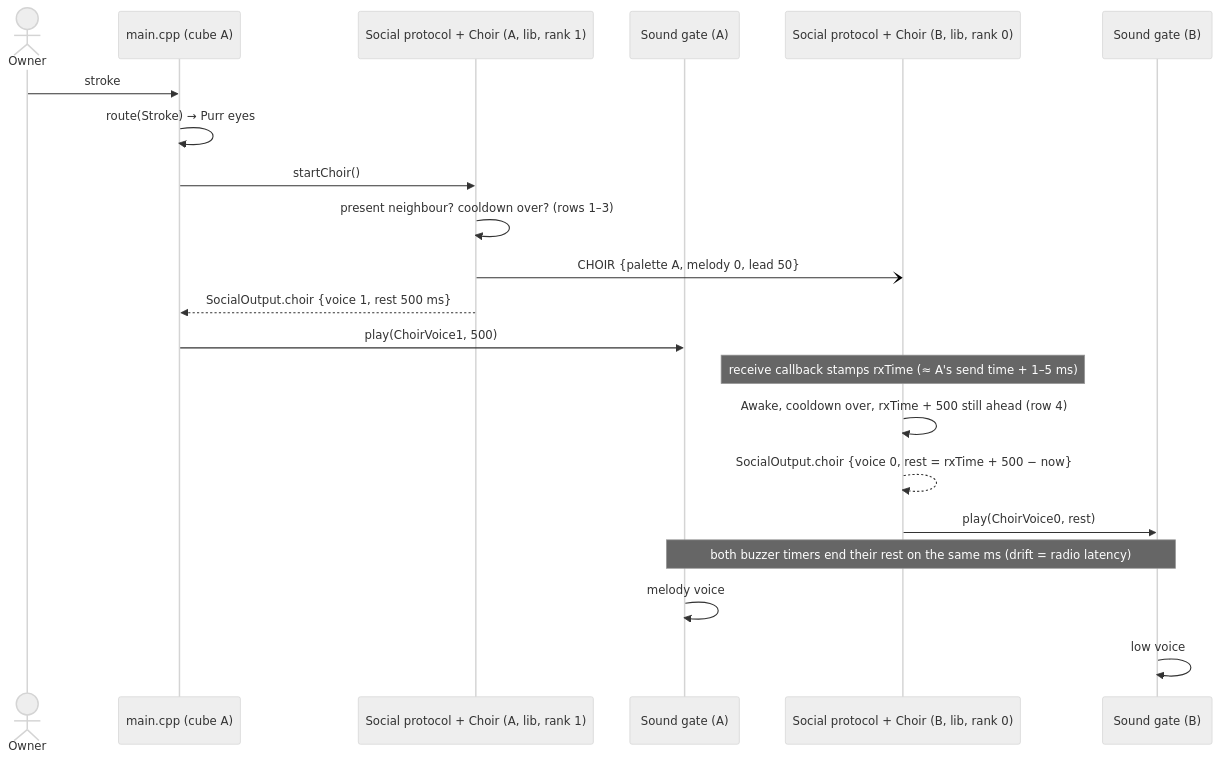
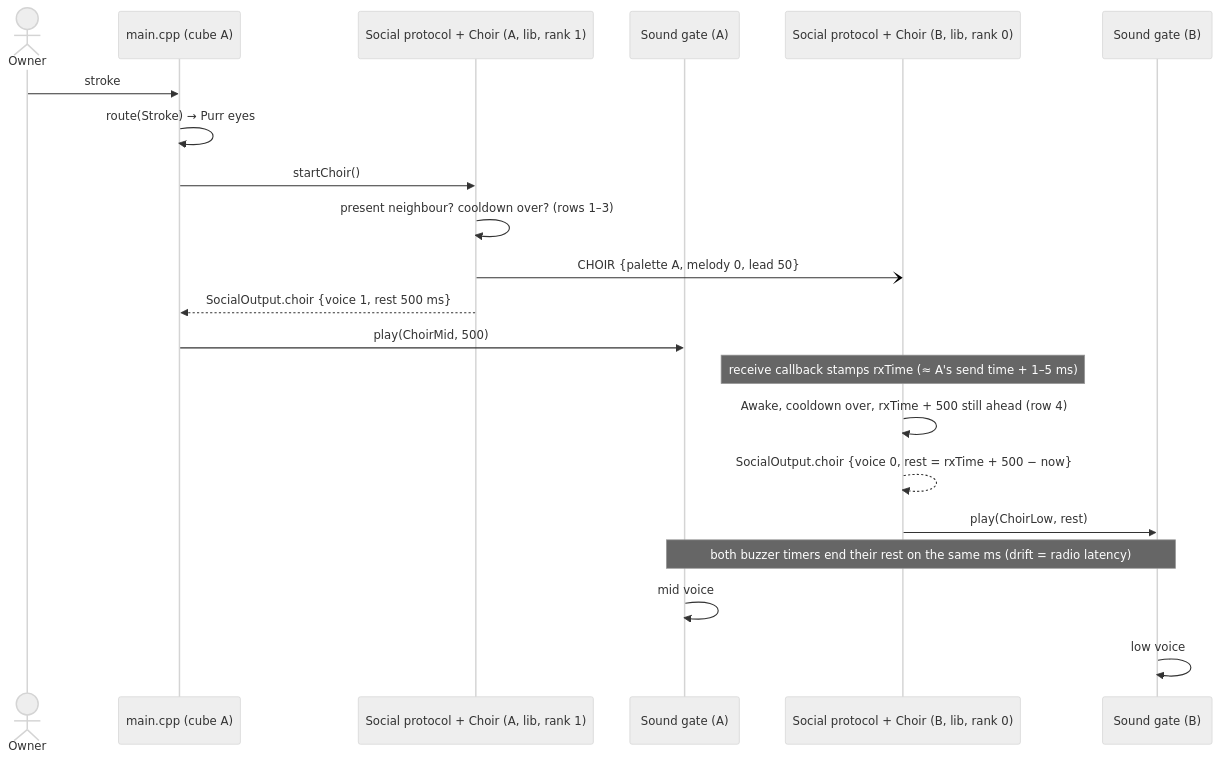
One commit to benoit-bremaud/cubbies changed the diagram in docs/architecture/diagrams/social-group/02c-sequence-choir.md. Above: the diagram before and after it, drawn with Mermaid (neutral theme). The commit also changed other lines of this file and 12 other files, not shown here.

Commit message:
fix(social): G4 review — backlogged CHOIR frames meet the cooldown, rest buffer stopped before reuse, shared codec header (#57)

````diff
--- a/docs/architecture/diagrams/social-group/02c-sequence-choir.md
+++ b/docs/architecture/diagrams/social-group/02c-sequence-choir.md
@@ -20,24 +20,24 @@
 ```mermaid
 sequenceDiagram
   actor Owner
   participant Main as main.cpp (cube A)
   participant SA as Social protocol + Choir (A, lib, rank 1)
   participant GA as Sound gate (A)
   participant SB as Social protocol + Choir (B, lib, rank 0)
   participant GB as Sound gate (B)
 
   Owner->>Main: stroke
   Main->>Main: route(Stroke) → Purr eyes
   Main->>SA: startChoir()
   SA->>SA: present neighbour? cooldown over? (rows 1–3)
   SA-)SB: CHOIR {palette A, melody 0, lead 50}
   SA-->>Main: SocialOutput.choir {voice 1, rest 500 ms}
-  Main->>GA: play(ChoirVoice1, 500)
+  Main->>GA: play(ChoirMid, 500)
   Note over SB: receive callback stamps rxTime (≈ A's send time + 1–5 ms)
   SB->>SB: Awake, cooldown over, rxTime + 500 still ahead (row 4)
   SB-->>SB: SocialOutput.choir {voice 0, rest = rxTime + 500 − now}
-  SB->>GB: play(ChoirVoice0, rest)
+  SB->>GB: play(ChoirLow, rest)
   Note over GA,GB: both buzzer timers end their rest on the same ms (drift = radio latency)
-  GA->>GA: melody voice
+  GA->>GA: mid voice
   GB->>GB: low voice
 ```
````
